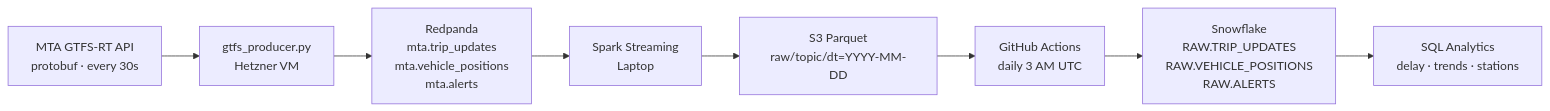
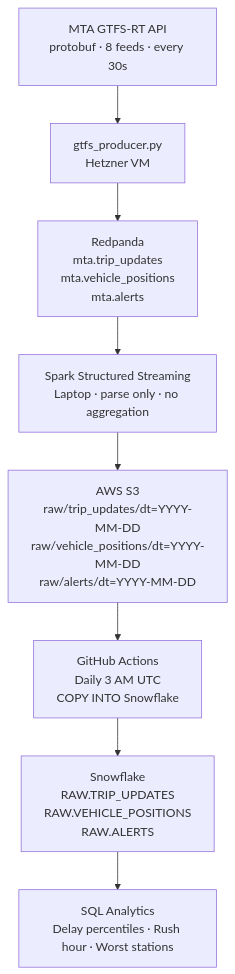
Before and after one commit to Souru0712/MTA-subway-reliability-tracker: the diagram in README.md, drawn with Mermaid.

Commit message:
Fix architecture diagram: vertical TD flow, no overlapping arrows

````diff
--- a/README.md
+++ b/README.md
@@ -45,13 +45,26 @@
 ```mermaid
-flowchart LR
-    MTA["MTA GTFS-RT API\nprotobuf · every 30s"]
+flowchart TD
+    MTA["MTA GTFS-RT API\nprotobuf · 8 feeds · every 30s"]
+
     PROD["gtfs_producer.py\nHetzner VM"]
+
     RP["Redpanda\nmta.trip_updates\nmta.vehicle_positions\nmta.alerts"]
-    SPARK["Spark Streaming\nLaptop"]
-    S3["S3 Parquet\nraw/topic/dt=YYYY-MM-DD"]
-    GHA["GitHub Actions\ndaily 3 AM UTC"]
+
+    SPARK["Spark Structured Streaming\nLaptop · parse only · no aggregation"]
+
+    S3["AWS S3\nraw/trip_updates/dt=YYYY-MM-DD\nraw/vehicle_positions/dt=YYYY-MM-DD\nraw/alerts/dt=YYYY-MM-DD"]
+
+    GHA["GitHub Actions\nDaily 3 AM UTC\nCOPY INTO Snowflake"]
+
     SF["Snowflake\nRAW.TRIP_UPDATES\nRAW.VEHICLE_POSITIONS\nRAW.ALERTS"]
-    SQL["SQL Analytics\ndelay · trends · stations"]
 
-    MTA --> PROD --> RP --> SPARK --> S3 --> GHA --> SF --> SQL
+    SQL["SQL Analytics\nDelay percentiles · Rush hour · Worst stations"]
+
+    MTA --> PROD
+    PROD --> RP
+    RP --> SPARK
+    SPARK --> S3
+    S3 --> GHA
+    GHA --> SF
+    SF --> SQL
 ```
````
